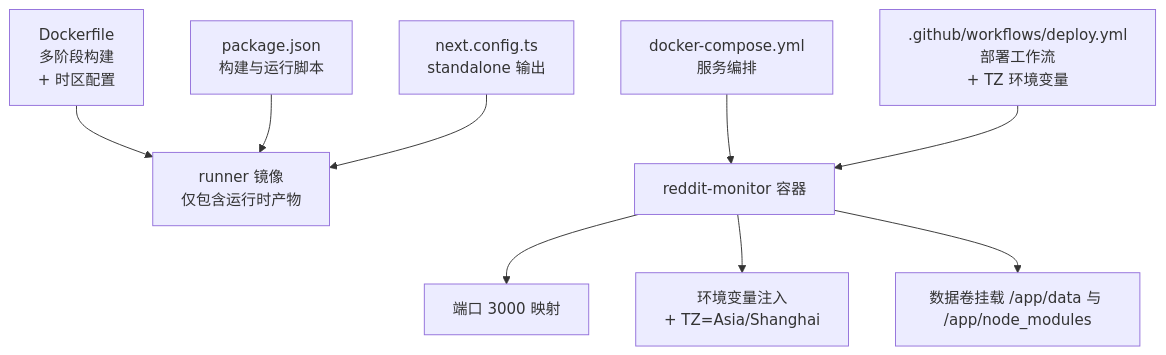
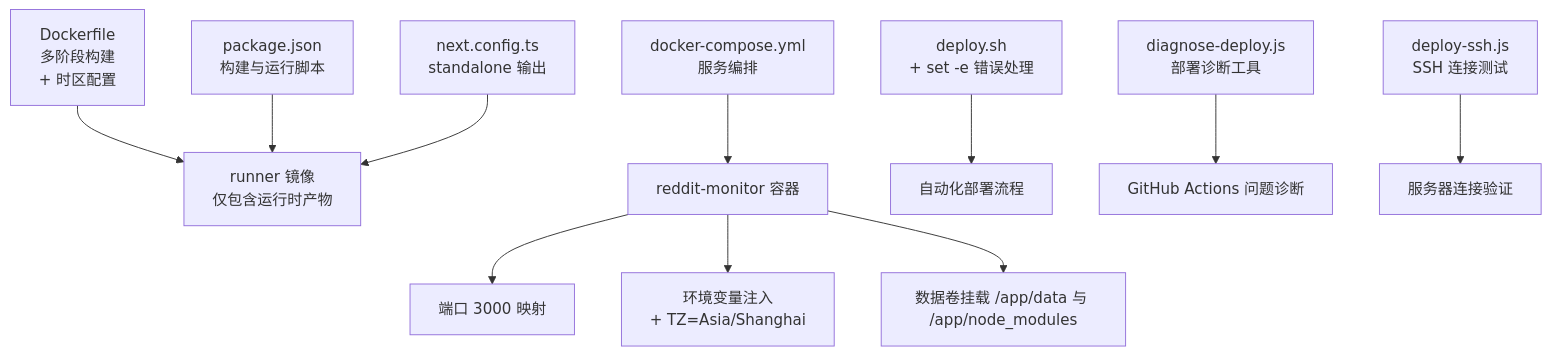
One commit to zezzezzez/reddit changed the first of 6 diagrams in .qoder/repowiki/zh/content/部署指南/容器化部署.md. Above: the diagram before and after it, drawn with Mermaid. The commit also changed other lines of this file and 21 other files, not shown here.

````diff
--- a/.qoder/repowiki/zh/content/部署指南/容器化部署.md
+++ b/.qoder/repowiki/zh/content/部署指南/容器化部署.md
@@ -50,11 +52,13 @@
 ```mermaid
 graph TB
 A["Dockerfile<br/>多阶段构建<br/>+ 时区配置"] --> B["runner 镜像<br/>仅包含运行时产物"]
 C["docker-compose.yml<br/>服务编排"] --> D["reddit-monitor 容器"]
 D --> E["端口 3000 映射"]
 D --> F["环境变量注入<br/>+ TZ=Asia/Shanghai"]
 D --> G["数据卷挂载 /app/data 与 /app/node_modules"]
-H["package.json<br/>构建与运行脚本"] --> B
-I["next.config.ts<br/>standalone 输出"] --> B
-J[".github/workflows/deploy.yml<br/>部署工作流<br/>+ TZ 环境变量"] --> D
+H["deploy.sh<br/>+ set -e 错误处理"] --> I["自动化部署流程"]
+J["diagnose-deploy.js<br/>部署诊断工具"] --> K["GitHub Actions 问题诊断"]
+L["deploy-ssh.js<br/>SSH 连接测试"] --> M["服务器连接验证"]
+N["package.json<br/>构建与运行脚本"] --> B
+O["next.config.ts<br/>standalone 输出"] --> B
 ```
````
